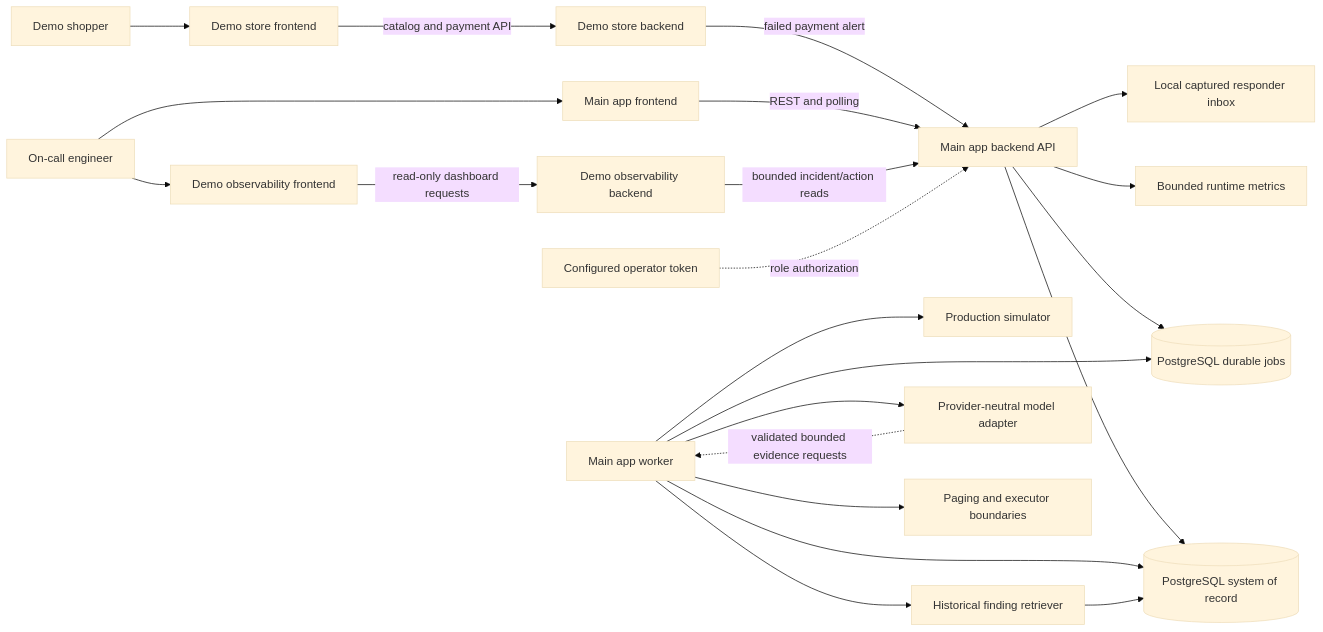
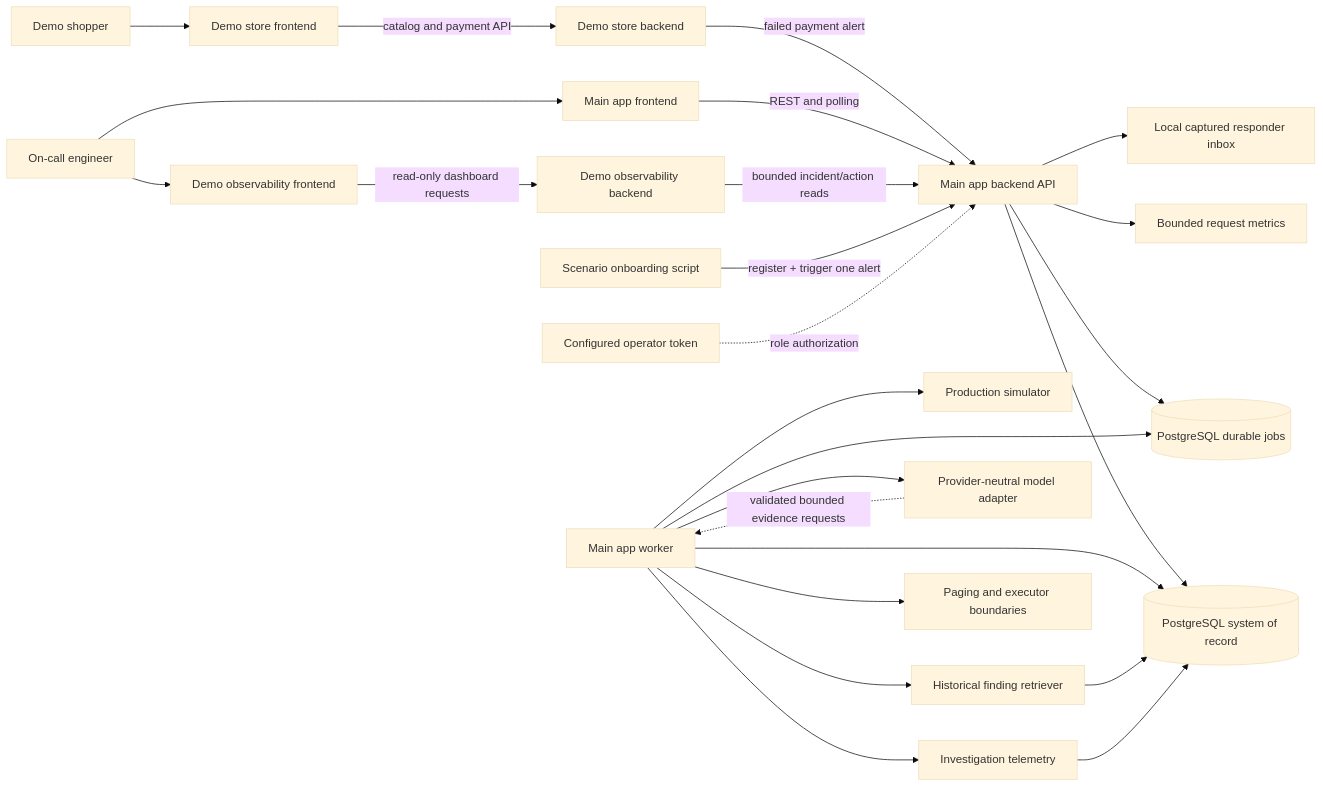
Before and after one commit to safayavatsal/hero-vired-assignment: the diagram in _plan_docs/_hld_docs/00-system-architecture.md, drawn with Mermaid (base theme). The commit also changed other lines of this file and 21 other files, not shown here.

Commit message:
docs: refresh architecture records

````diff
--- a/_plan_docs/_hld_docs/00-system-architecture.md
+++ b/_plan_docs/_hld_docs/00-system-architecture.md
@@ -9,24 +9,27 @@
 ```mermaid
 flowchart LR
     Shopper[Demo shopper] --> Storefront[Demo store frontend]
     Storefront -->|catalog and payment API| StoreAPI[Demo store backend]
     StoreAPI -->|failed payment alert| API
     Responder[On-call engineer] --> UI[Main app frontend]
     Responder --> MonitorUI[Demo observability frontend]
     UI -->|REST and polling| API[Main app backend API]
     MonitorUI -->|read-only dashboard requests| MonitorAPI[Demo observability backend]
     MonitorAPI -->|bounded incident/action reads| API
+    ScenarioScript[Scenario onboarding script] -->|register + trigger one alert| API
     Operator[Configured operator token] -.->|role authorization| API
-    API --> Metrics[Bounded runtime metrics]
+    API --> Metrics[Bounded request metrics]
     API --> Store[(PostgreSQL system of record)]
     API --> Jobs[(PostgreSQL durable jobs)]
     Worker[Main app worker] --> Jobs
     Worker --> Store
     Worker --> Simulator[Production simulator]
     Worker --> Retrieval[Historical finding retriever]
     Retrieval --> Store
     Worker --> Model[Provider-neutral model adapter]
     Model -.->|validated bounded evidence requests| Worker
+    Worker --> Telemetry[Investigation telemetry]
+    Telemetry --> Store
     Worker --> Pager[Paging and executor boundaries]
     API --> Inbox[Local captured responder inbox]
 ```
````
